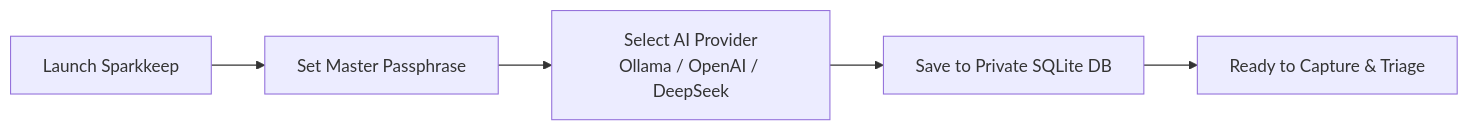
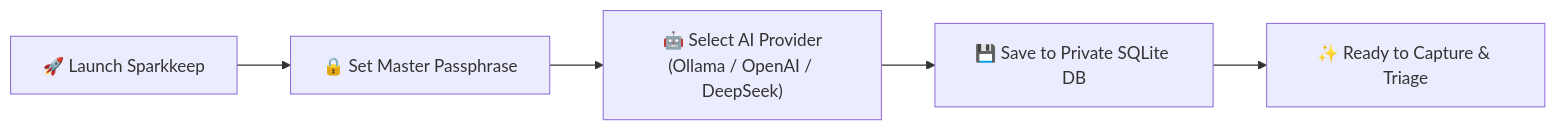
The first of 3 diagrams in README.md (BurlacuAndrei/sparkkeep), drawn with Mermaid before and after one commit. The commit also changed other lines of this file and 9 other files, not shown here.

Commit message:
docs(readme): rewrite README with authentic platform screenshots and validated Mermaid diagrams

````diff
--- a/README.md
+++ b/README.md
@@ -96,7 +144,7 @@
 ```mermaid
 flowchart LR
-    A[Launch Sparkkeep] --> B[Set Master Passphrase]
-    B --> C[Select AI Provider\nOllama / OpenAI / DeepSeek]
-    C --> D[Save to Private SQLite DB]
-    D --> E[Ready to Capture & Triage]
+    A["🚀 Launch Sparkkeep"] --> B["🔒 Set Master Passphrase"]
+    B --> C["🤖 Select AI Provider<br/>(Ollama / OpenAI / DeepSeek)"]
+    C --> D["💾 Save to Private SQLite DB"]
+    D --> E["✨ Ready to Capture & Triage"]
 ```
````
